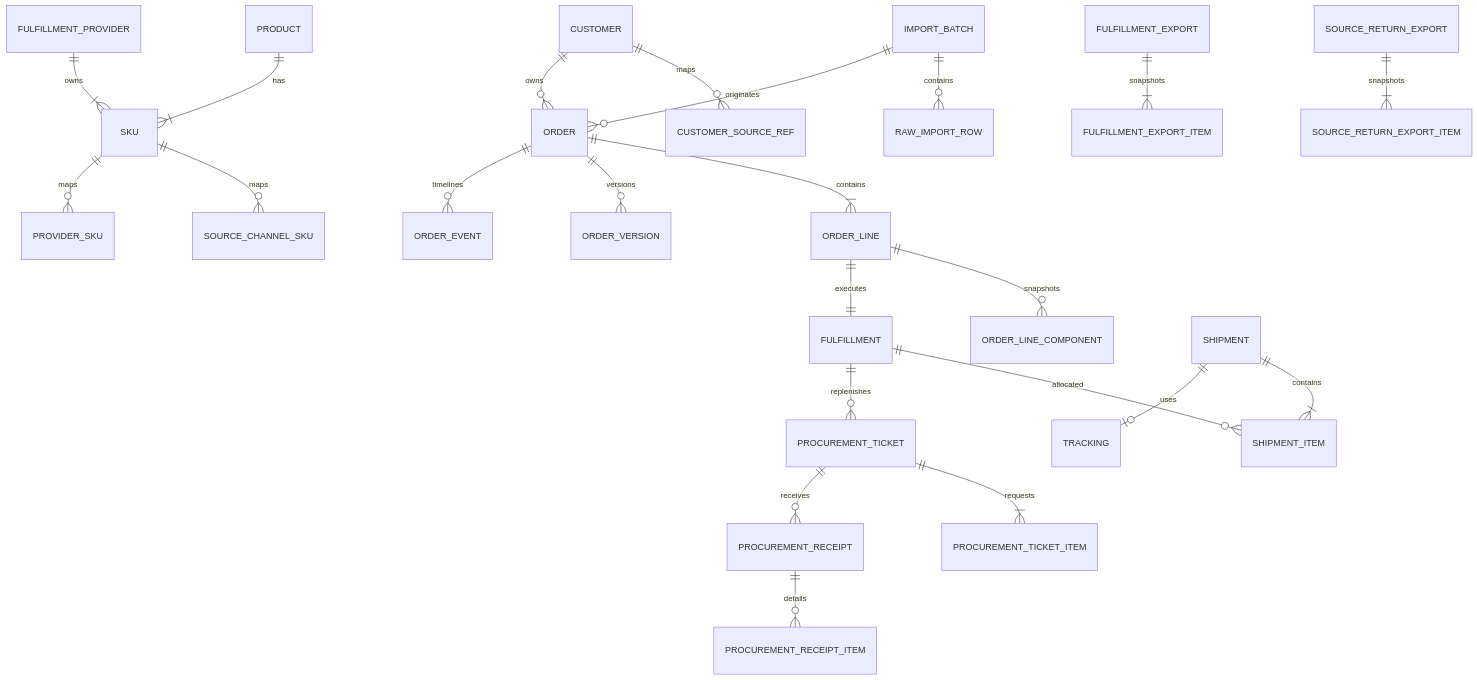
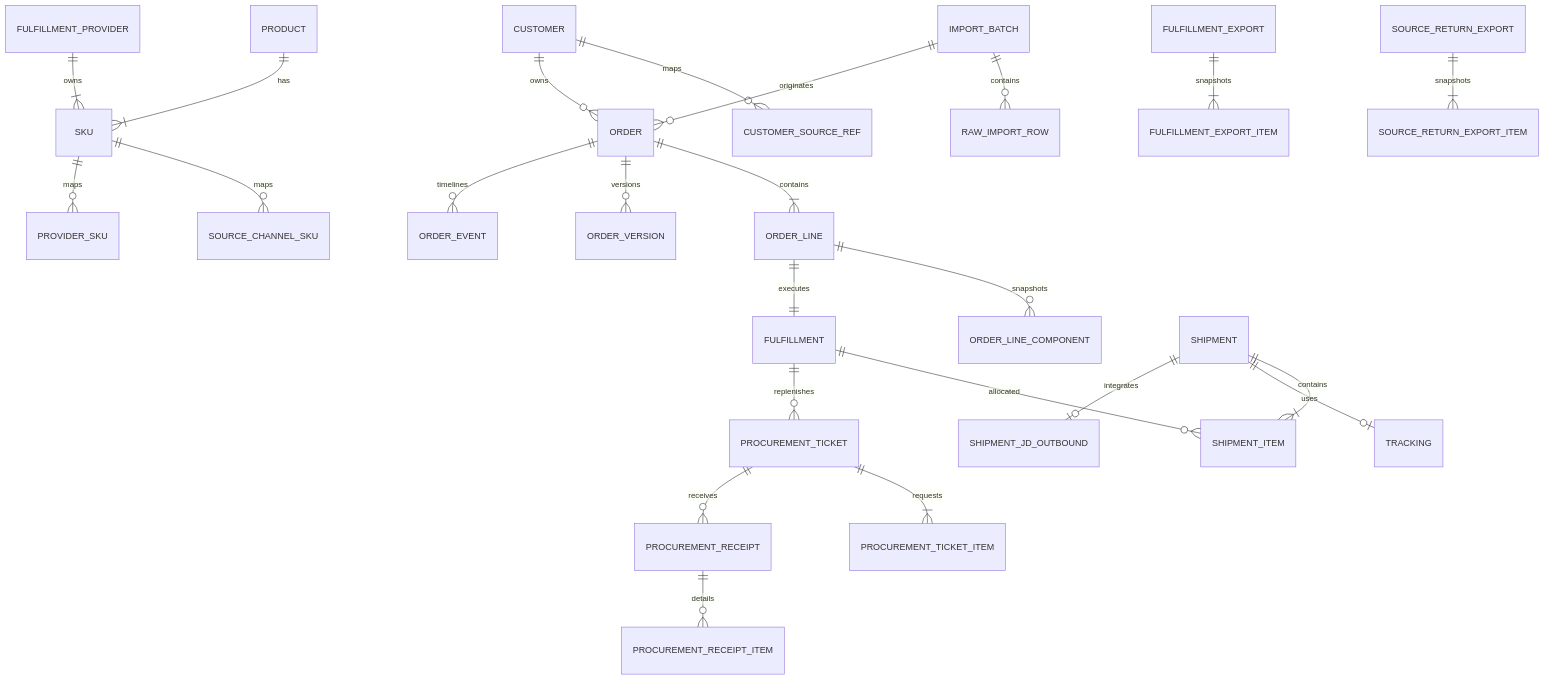
Before and after one commit to rgfan123/zimu: the diagram in docs/schema.md, drawn with Mermaid. The commit also changed other lines of this file and 1065 other files, not shown here.

````diff
--- a/docs/schema.md
+++ b/docs/schema.md
@@ -22,25 +22,26 @@
 ```mermaid
 erDiagram
     CUSTOMER ||--o{ CUSTOMER_SOURCE_REF : maps
     CUSTOMER ||--o{ ORDER : owns
     IMPORT_BATCH ||--o{ RAW_IMPORT_ROW : contains
     IMPORT_BATCH ||--o{ ORDER : originates
     ORDER ||--|{ ORDER_LINE : contains
     ORDER_LINE ||--o{ ORDER_LINE_COMPONENT : snapshots
     PRODUCT ||--|{ SKU : has
     FULFILLMENT_PROVIDER ||--|{ SKU : owns
     SKU ||--o{ SOURCE_CHANNEL_SKU : maps
     SKU ||--o{ PROVIDER_SKU : maps
     ORDER_LINE ||--|| FULFILLMENT : executes
     FULFILLMENT ||--o{ SHIPMENT_ITEM : allocated
     SHIPMENT ||--|{ SHIPMENT_ITEM : contains
     SHIPMENT ||--o| TRACKING : uses
+    SHIPMENT ||--o| SHIPMENT_JD_OUTBOUND : integrates
     FULFILLMENT ||--o{ PROCUREMENT_TICKET : replenishes
     PROCUREMENT_TICKET ||--|{ PROCUREMENT_TICKET_ITEM : requests
     PROCUREMENT_TICKET ||--o{ PROCUREMENT_RECEIPT : receives
     PROCUREMENT_RECEIPT ||--o{ PROCUREMENT_RECEIPT_ITEM : details
     FULFILLMENT_EXPORT ||--|{ FULFILLMENT_EXPORT_ITEM : snapshots
     SOURCE_RETURN_EXPORT ||--|{ SOURCE_RETURN_EXPORT_ITEM : snapshots
     ORDER ||--o{ ORDER_VERSION : versions
     ORDER ||--o{ ORDER_EVENT : timelines
 ```
````
